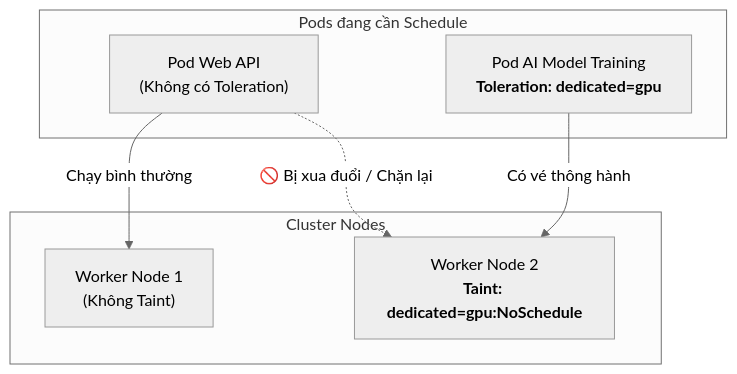
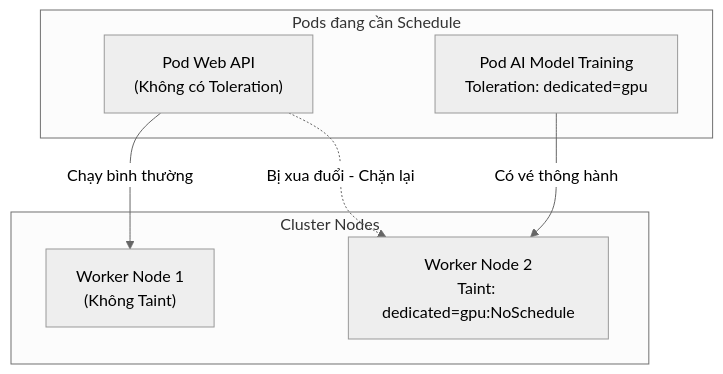
One commit to duyhustvn/duyhustvn.github.io changed the third of 4 diagrams in content/posts/k8s-node-operations/index.md. Above: the diagram before and after it, drawn with Mermaid (neutral theme). The commit also changed other lines of this file, not shown here.

```diff
--- a/content/posts/k8s-node-operations/index.md
+++ b/content/posts/k8s-node-operations/index.md
@@ -237,17 +237,17 @@
 {{< mermaid >}}
 flowchart TD
     subgraph Nodes["Cluster Nodes"]
         NormalNode["Worker Node 1<br/>(Không Taint)"]
-        TaintedNode["Worker Node 2<br/><b>Taint: dedicated=gpu:NoSchedule</b>"]
+        TaintedNode["Worker Node 2<br/>Taint: dedicated=gpu:NoSchedule"]
     end
 
     subgraph Pods["Pods đang cần Schedule"]
         PNormal["Pod Web API<br/>(Không có Toleration)"]
-        PGPU["Pod AI Model Training<br/><b>Toleration: dedicated=gpu</b>"]
+        PGPU["Pod AI Model Training<br/>Toleration: dedicated=gpu"]
     end
 
     PNormal -->|Chạy bình thường| NormalNode
-    PNormal -.->|🚫 Bị xua đuổi / Chặn lại| TaintedNode
+    PNormal -.->|Bị xua đuổi - Chặn lại| TaintedNode
 
     PGPU -->|Có vé thông hành| TaintedNode
 {{< /mermaid >}}
```
